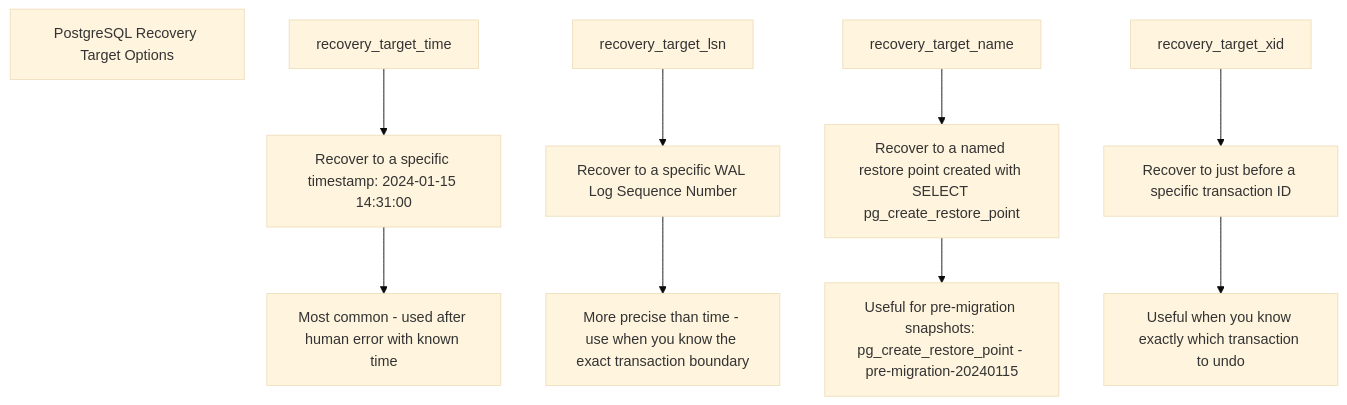
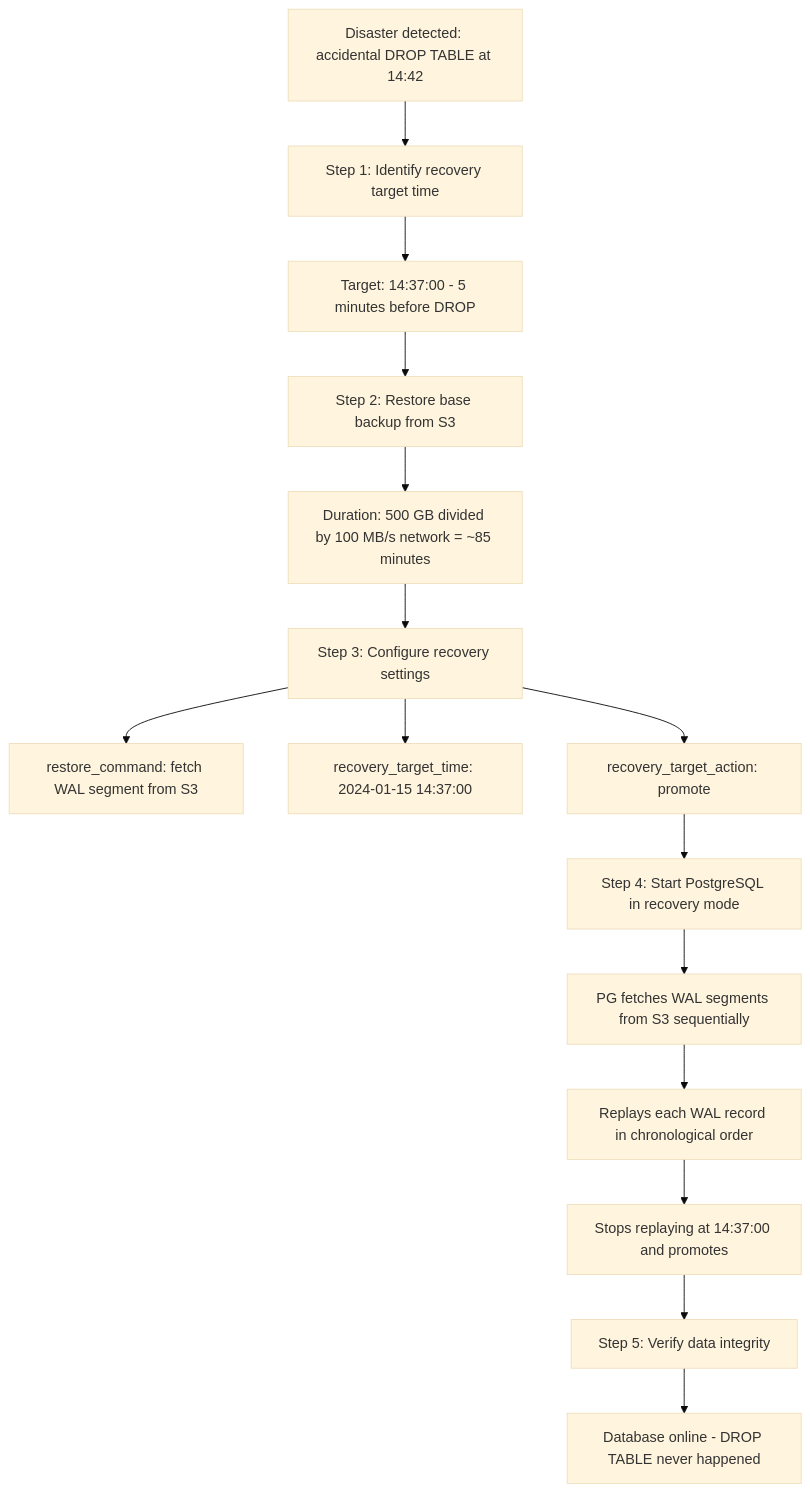
The fourth of 11 diagrams in docs-site/content/12-interview-prep/question-bank/databases/database-backup-recovery.md (gauravprwl14/system-design-course), drawn with Mermaid (base theme) before and after one commit. The commit also changed other lines of this file and 3 other files, not shown here.

Commit message:
feat(question-bank): add cache-stampede, database-backup-recovery, oauth2-oidc

````diff
--- a/docs-site/content/12-interview-prep/question-bank/databases/database-backup-recovery.md
+++ b/docs-site/content/12-interview-prep/question-bank/databases/database-backup-recovery.md
@@ -229,20 +161,23 @@
 ```mermaid
 graph TD
-  A[PostgreSQL Recovery Target Options]
+  A[Disaster detected: accidental DROP TABLE at 14:42]
 
-  B[recovery_target_time]
-  B --> C[Recover to a specific timestamp: 2024-01-15 14:31:00]
-  C --> D[Most common - used after human error with known time]
+  A --> B[Step 1: Identify recovery target time]
+  B --> B1[Target: 14:37:00 - 5 minutes before DROP]
 
-  E[recovery_target_lsn]
-  E --> F[Recover to a specific WAL Log Sequence Number]
-  F --> G[More precise than time - use when you know the exact transaction boundary]
+  B1 --> C[Step 2: Restore base backup from S3]
+  C --> C1[Duration: 500 GB divided by 100 MB/s network = ~85 minutes]
 
-  H[recovery_target_name]
-  H --> I[Recover to a named restore point created with SELECT pg_create_restore_point]
-  I --> J[Useful for pre-migration snapshots: pg_create_restore_point - pre-migration-20240115]
+  C1 --> D[Step 3: Configure recovery settings]
+  D --> D1[restore_command: fetch WAL segment from S3]
+  D --> D2[recovery_target_time: 2024-01-15 14:37:00]
+  D --> D3[recovery_target_action: promote]
 
-  K[recovery_target_xid]
-  K --> L[Recover to just before a specific transaction ID]
-  L --> M[Useful when you know exactly which transaction to undo]
+  D3 --> E[Step 4: Start PostgreSQL in recovery mode]
+  E --> E1[PG fetches WAL segments from S3 sequentially]
+  E1 --> E2[Replays each WAL record in chronological order]
+  E2 --> E3[Stops replaying at 14:37:00 and promotes]
+
+  E3 --> F[Step 5: Verify data integrity]
+  F --> G[Database online - DROP TABLE never happened]
 ```
````
